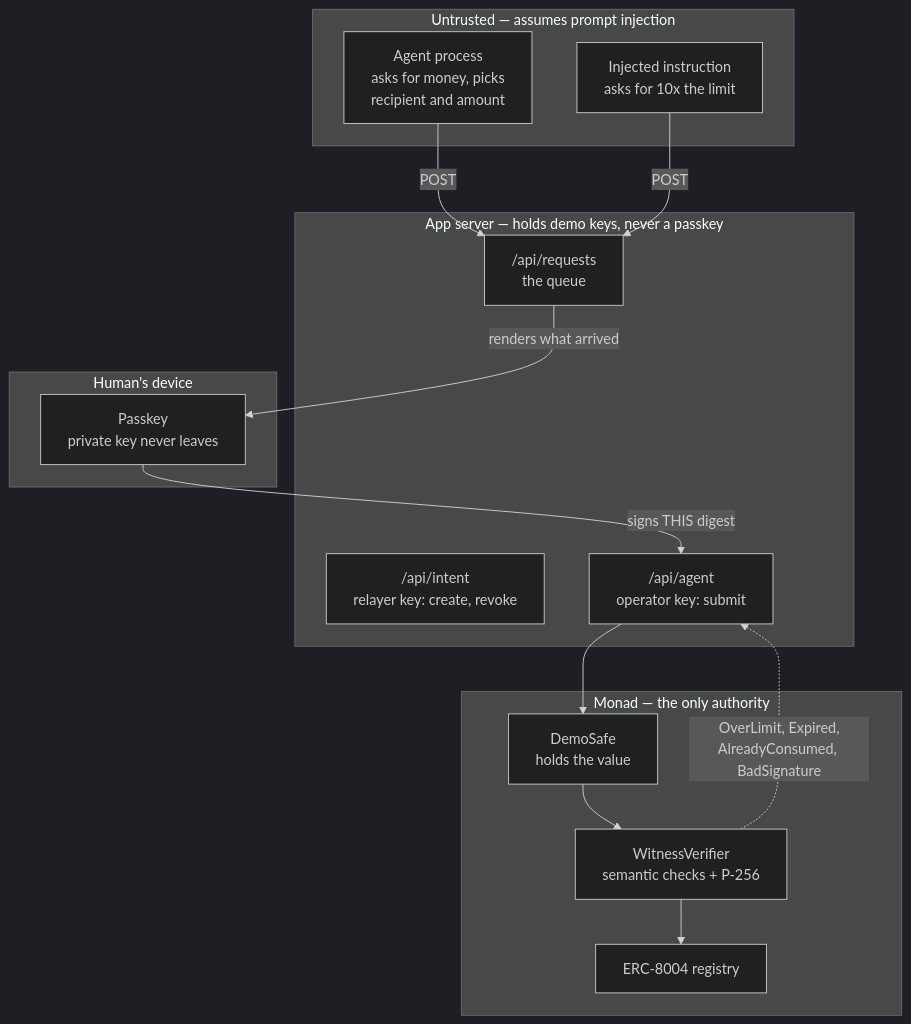
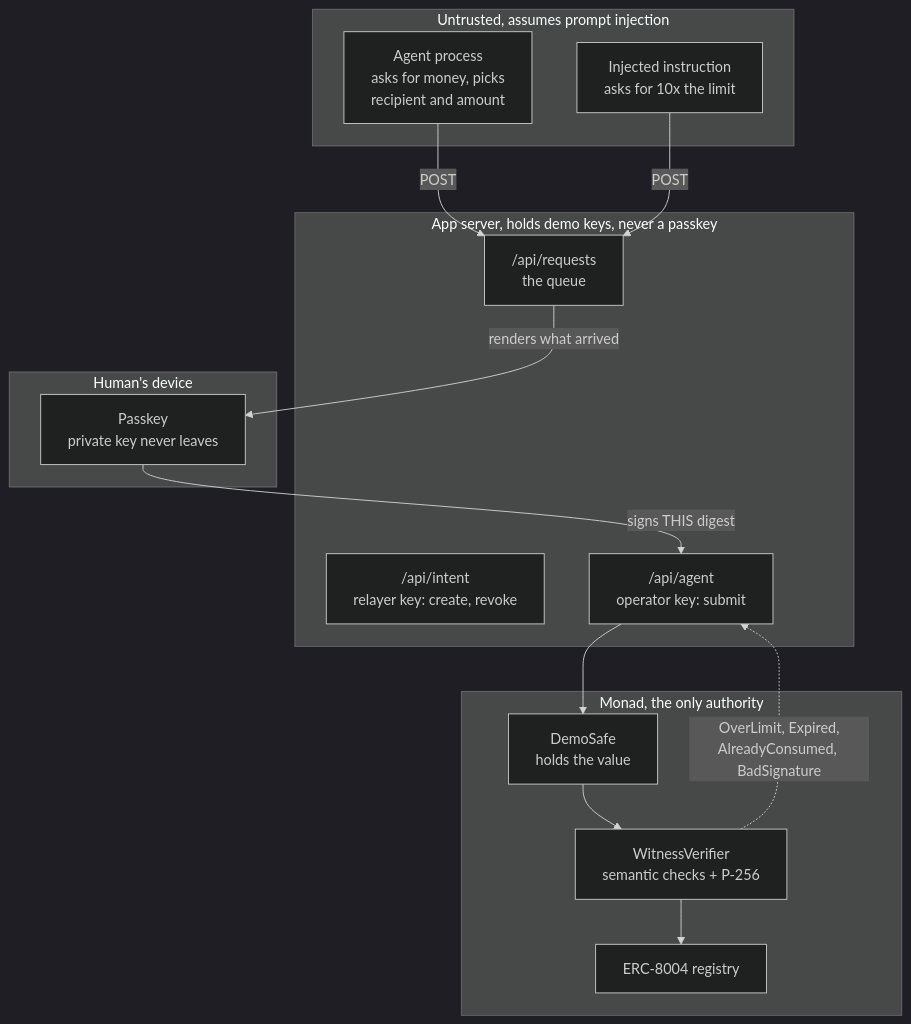
The first of 2 diagrams in README.md (thesithunyein/witness), drawn with Mermaid (dark theme) before and after one commit. The commit also changed other lines of this file and 37 other files, not shown here.

````diff
--- a/README.md
+++ b/README.md
@@ -101,32 +105,32 @@
 ```mermaid
 flowchart TB
-  subgraph untrusted["Untrusted — assumes prompt injection"]
+  subgraph untrusted["Untrusted, assumes prompt injection"]
     AG["Agent process<br/>asks for money, picks<br/>recipient and amount"]
     INJ["Injected instruction<br/>asks for 10x the limit"]
   end
 
-  subgraph server["App server — holds demo keys, never a passkey"]
+  subgraph server["App server, holds demo keys, never a passkey"]
     API["/api/requests<br/>the queue"]
     RELAY["/api/intent<br/>relayer key: create, revoke"]
     EXEC["/api/agent<br/>operator key: submit"]
   end
 
   subgraph device["Human's device"]
     PK["Passkey<br/>private key never leaves"]
   end
 
-  subgraph chain["Monad — the only authority"]
+  subgraph chain["Monad, the only authority"]
     SAFE["DemoSafe<br/>holds the value"]
     VER["WitnessVerifier<br/>semantic checks + P-256"]
     REG["ERC-8004 registry"]
   end
 
   AG -->|"POST"| API
   INJ -->|"POST"| API
   API -->|"renders what arrived"| PK
   PK -->|"signs THIS digest"| EXEC
   EXEC --> SAFE
   SAFE --> VER
   VER --> REG
   VER -.->|"OverLimit, Expired,<br/>AlreadyConsumed, BadSignature"| EXEC
 ```
````
